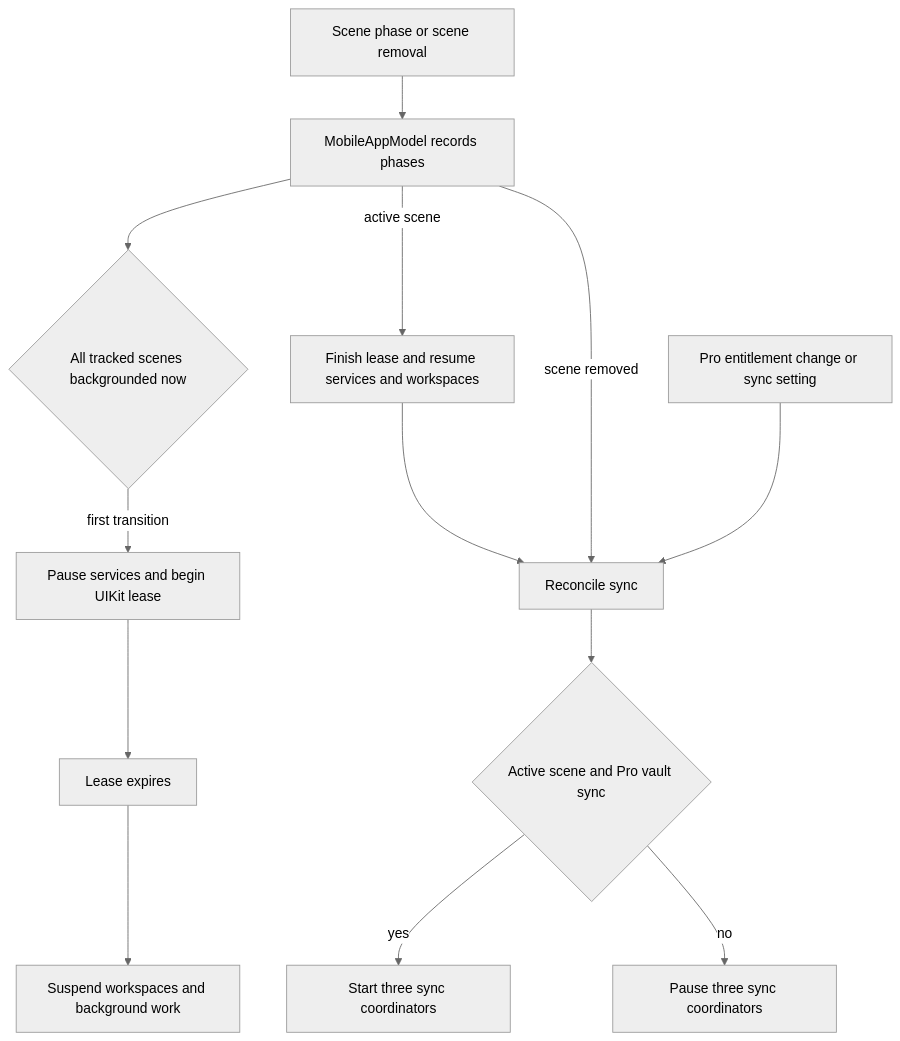
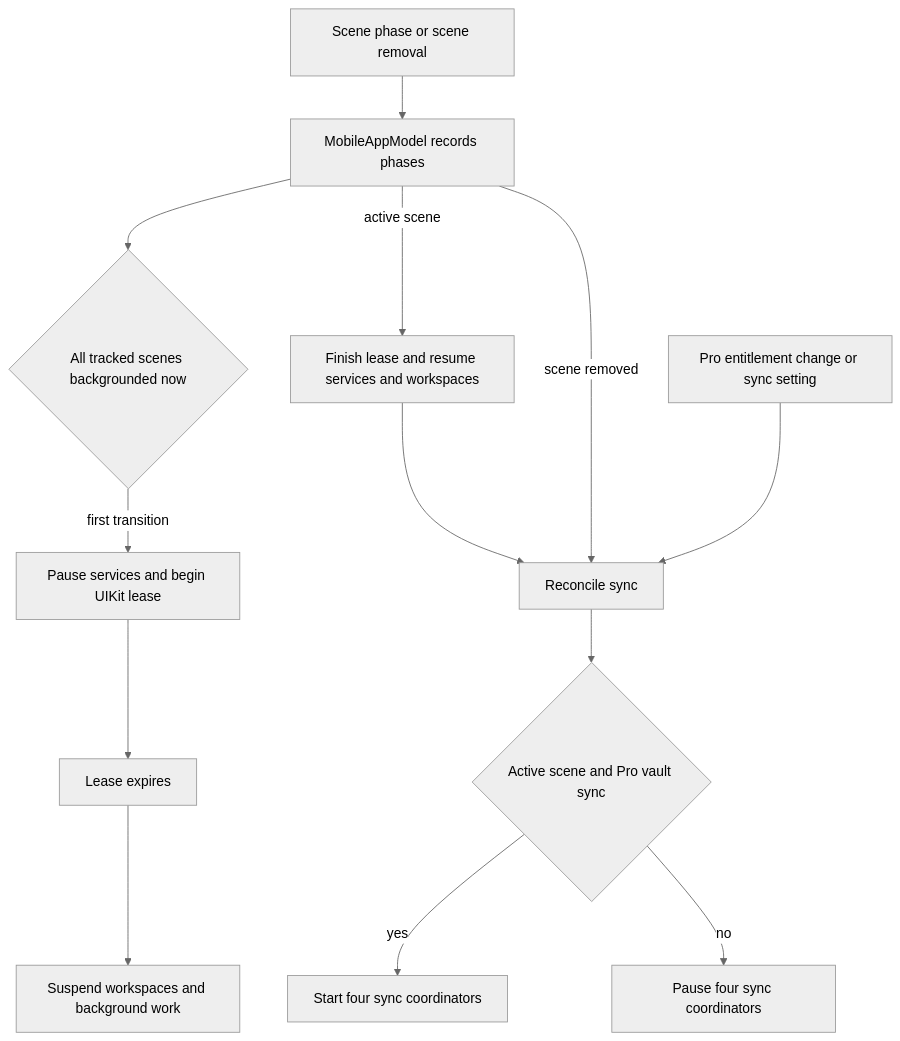
The fourth of 4 diagrams in openwiki/architecture/native-app-directories.md (AkinoKaede/Termind), drawn with Mermaid (neutral theme) before and after one commit. The commit also changed other lines of this file and 92 other files, not shown here.

````diff
--- a/openwiki/architecture/native-app-directories.md
+++ b/openwiki/architecture/native-app-directories.md
@@ -320,15 +320,15 @@
 ```mermaid
 flowchart TD
     Phase["Scene phase or scene removal"] --> Track["MobileAppModel records phases"]
     Track --> AllBG{"All tracked scenes backgrounded now"}
     AllBG -->|first transition| Pause["Pause services and begin UIKit lease"]
     Pause --> Expire["Lease expires"]
     Expire --> Suspend["Suspend workspaces and background work"]
     Track -->|active scene| Foreground["Finish lease and resume services and workspaces"]
     Foreground --> Sync["Reconcile sync"]
     Track -->|scene removed| Sync
     Pro["Pro entitlement change or sync setting"] --> Sync
     Sync --> Gate{"Active scene and Pro vault sync"}
-    Gate -->|yes| Start["Start three sync coordinators"]
-    Gate -->|no| Stop["Pause three sync coordinators"]
+    Gate -->|yes| Start["Start four sync coordinators"]
+    Gate -->|no| Stop["Pause four sync coordinators"]
 ```
````
